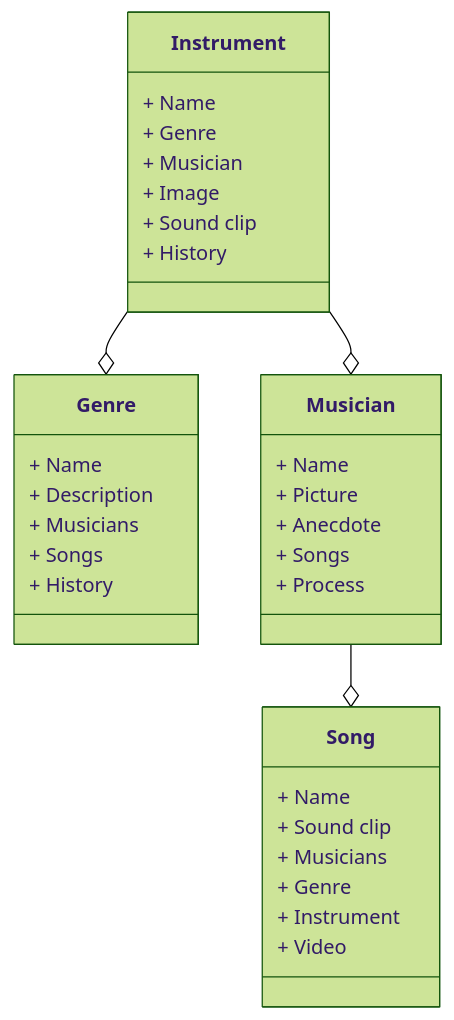
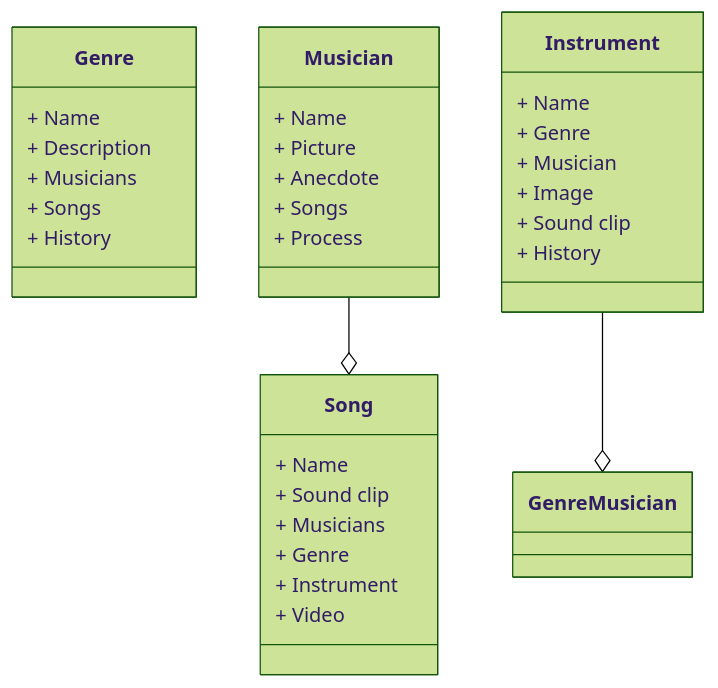
The first of 2 diagrams in README.md (travis-kuenzi/Mongo-Driven-Website-Term-Project), drawn with Mermaid (forest theme) before and after one commit.

````diff
--- a/README.md
+++ b/README.md
@@ -11,41 +11,40 @@
 ```mermaid
 classDiagram 
     class Genre {
       + Name
       + Description
       + Musicians
       + Songs
       + History
     }
 
     class Musician {
       + Name
       + Picture
       + Anecdote
       + Songs
       + Process
     }
 
     class Song {
       + Name
       + Sound clip
       + Musicians
       + Genre
       + Instrument
       + Video
     }
 
     class Instrument {
       + Name
       + Genre
       + Musician
       + Image
       + Sound clip
       + History
     }
 
     %%Links between entities - don't worry too much about details
     Musician --o Song
-    Instrument --o Genre
-    Instrument --o Musician
+    Instrument --o Genre Musician
 ```
````
